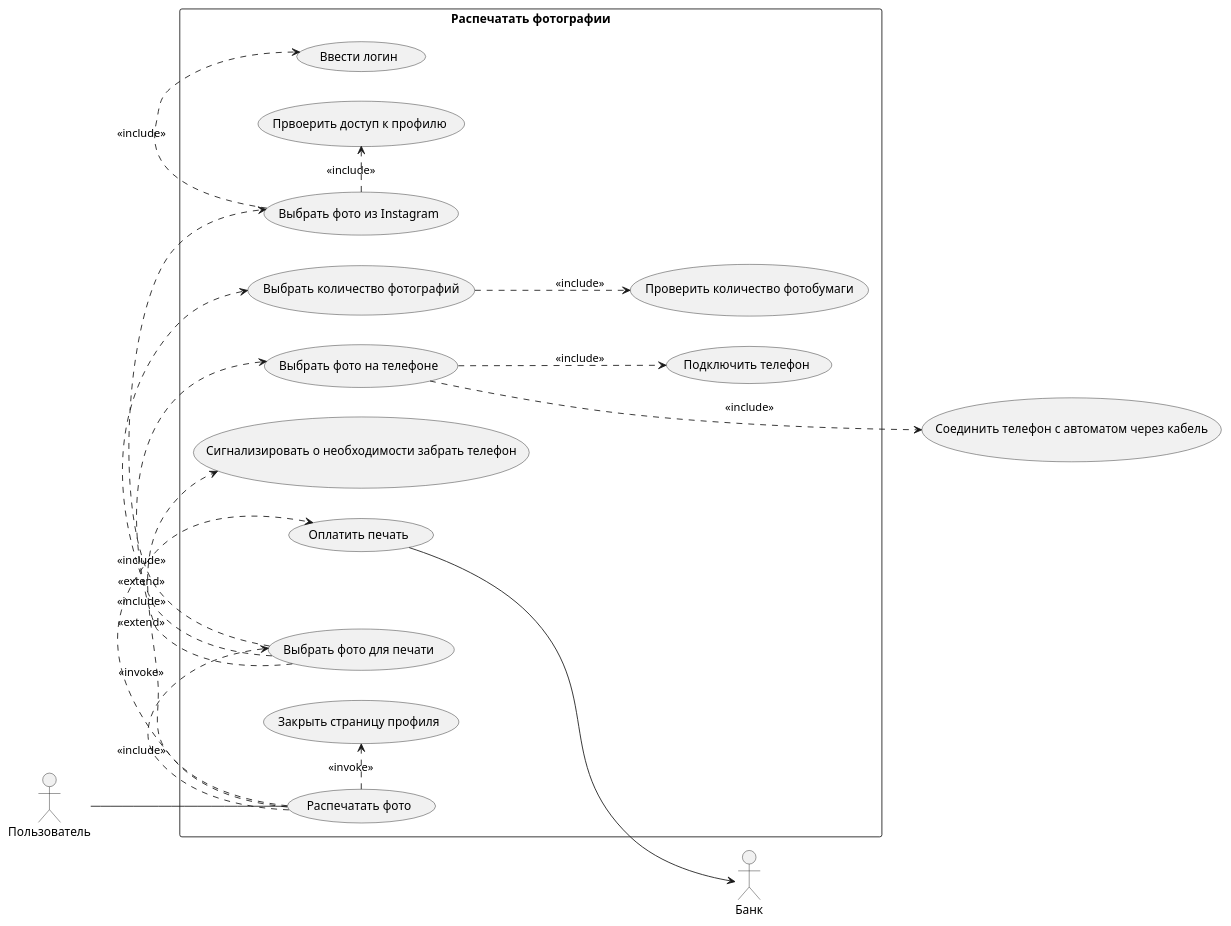
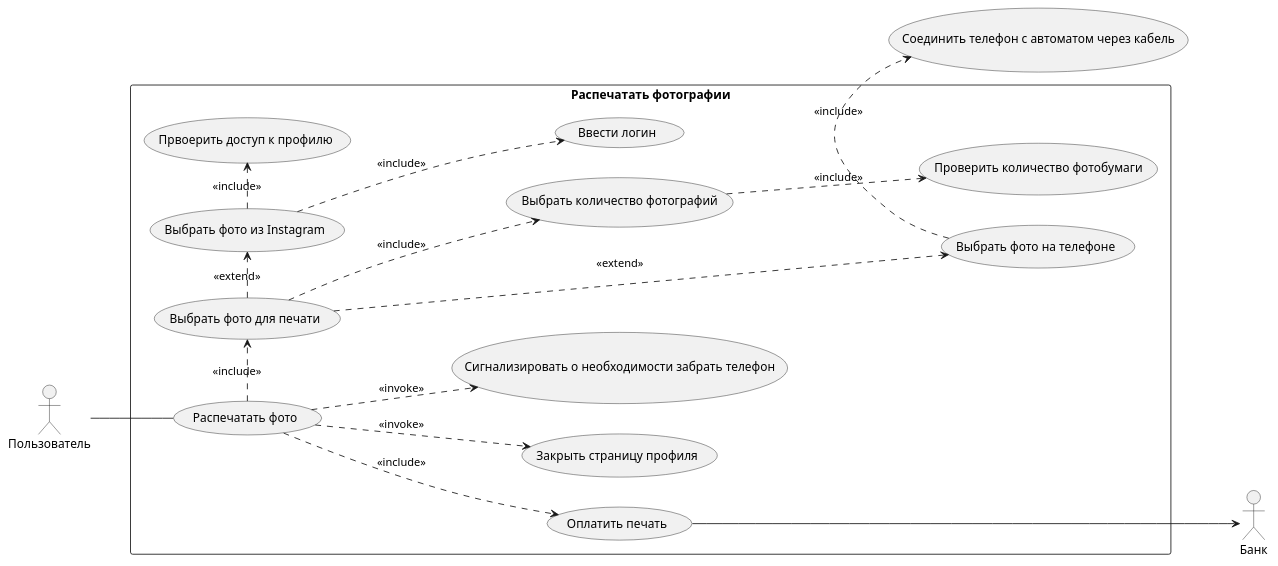
Before and after one commit to PopkovAYu/Notes: the diagram in Notes/Системная аналитика/Курсы от нетологии/Раздел 3. Анализ требований/Итоговая работа по модулю.md, drawn with PlantUML.

Commit message:
vault backup: 2024-04-30 16:03:43
Affected files:
Notes/Системная аналитика/Курсы от нетологии/Раздел 3. Анализ требований/Итоговая работа по модулю.md

````diff
--- a/Notes/Системная аналитика/Курсы от нетологии/Раздел 3. Анализ требований/Итоговая работа по модулю.md
+++ b/Notes/Системная аналитика/Курсы от нетологии/Раздел 3. Анализ требований/Итоговая работа по модулю.md
@@ -78,25 +78,25 @@
 ```plantuml
 @startuml
 actor Пользователь as user
 actor Банк as bank
 
 rectangle "Распечатать фотографии" {
 	left to right direction
+	
+	(Выбрать фото из Instagram) ..> (Ввести логин) : <<include>>
+	(Выбрать фото из Instagram) .> (Првоерить доступ к профилю) : <<include>>
+	(Выбрать фото для печати) ...> (Выбрать фото на телефоне) : <<extend>>
+	(Выбрать фото для печати) ..> (Выбрать количество фотографий) : <<include>>
+	(Выбрать количество фотографий) ..> (Проверить количество фотобумаги) : <<include>>
+	(Выбрать фото для печати) .> (Выбрать фото из Instagram) : <<extend>>
 	(Распечатать фото) .> (Выбрать фото для печати) : <<include>>
-	(Выбрать фото для печати) .> (Выбрать фото из Instagram) : <<extend>>
-	(Выбрать фото из Instagram) .> (Ввести логин) : <<include>>
-	(Выбрать фото из Instagram) .> (Првоерить доступ к профилю) : <<include>>
-	(Выбрать фото для печати) .> (Выбрать фото на телефоне) : <<extend>>
-	(Выбрать фото на телефоне) ..> (Подключить телефон) : <<include>>
-	(Выбрать фото для печати) .> (Выбрать количество фотографий) : <<include>>
-	(Выбрать количество фотографий) ..> (Проверить количество фотобумаги) : <<include>>
 	user -- (Распечатать фото)
-	(Распечатать фото) .> (Оплатить печать) : <<include>>
-	(Оплатить печать) --> bank
-	(Распечатать фото) .> (Закрыть страницу профиля) : <<invoke>> 
-	(Распечатать фото) .> (Сигнализировать о необходимости забрать телефон) : <<invoke>>
+	(Распечатать фото) ..> (Оплатить печать) : <<include>>
+	(Оплатить печать) ---> bank
+	(Распечатать фото) ..> (Закрыть страницу профиля) : <<invoke>> 
+	(Распечатать фото) ..> (Сигнализировать о необходимости забрать телефон) : <<invoke>>
 }
 
-(Выбрать фото на телефоне) ...> (Соединить телефон с автоматом через кабель) : <<include>>
+(Выбрать фото на телефоне) .> (Соединить телефон с автоматом через кабель) : <<include>>
 @enduml
 ```
````
